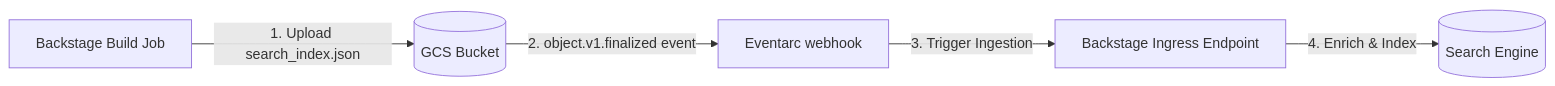
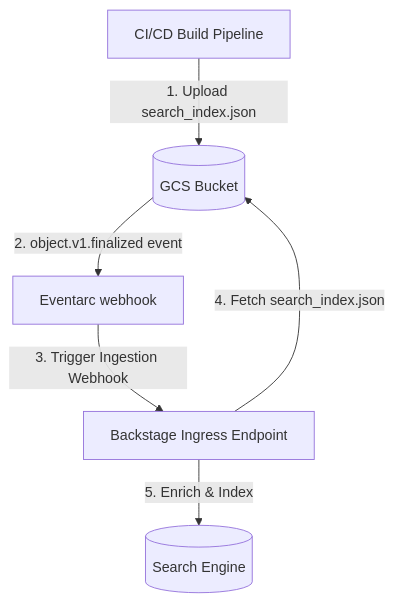
The fifth of 7 diagrams in workspaces/hybrid-search/docs/architecture.md (cooldemos/community-plugins), drawn with Mermaid before and after one commit. The commit also changed other lines of this file, not shown here.

Commit message:
docs: correct techdocs ingestion architectures flow in docs/architecture.md

````diff
--- a/workspaces/hybrid-search/docs/architecture.md
+++ b/workspaces/hybrid-search/docs/architecture.md
@@ -133,7 +138,8 @@
 ```mermaid
-graph LR
-    LocalBuilder[Backstage Build Job] -->|1. Upload search_index.json| GCS[(GCS Bucket)]
+graph TD
+    Pipeline[CI/CD Build Pipeline] -->|1. Upload search_index.json| GCS[(GCS Bucket)]
     GCS -->|2. object.v1.finalized event| Eventarc[Eventarc webhook]
-    Eventarc -->|3. Trigger Ingestion| BS[Backstage Ingress Endpoint]
-    BS -->|4. Enrich & Index| VAI[(Search Engine)]
+    Eventarc -->|3. Trigger Ingestion Webhook| BS[Backstage Ingress Endpoint]
+    BS -->|4. Fetch search_index.json| GCS
+    BS -->|5. Enrich & Index| VAI[(Search Engine)]
 ```
````
